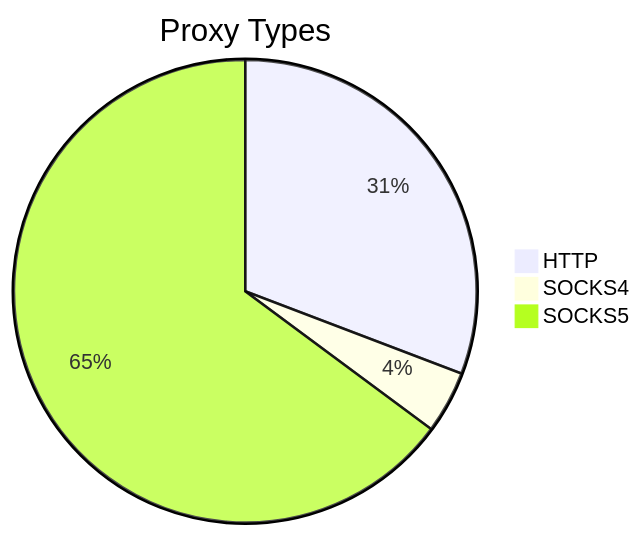
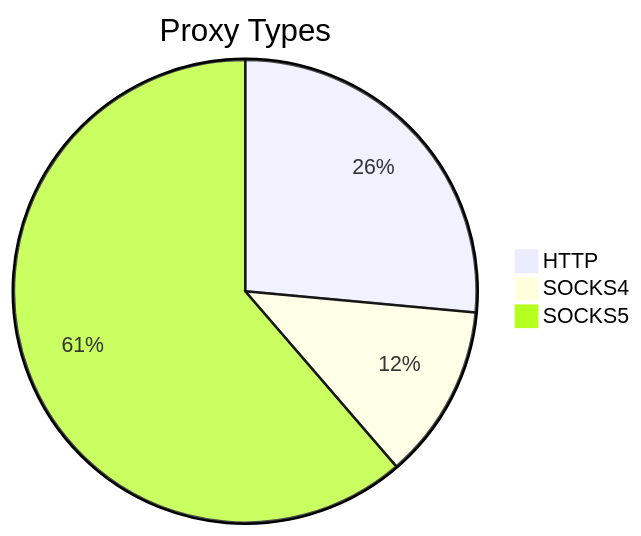
One commit to stormsia/proxy-list changed the first of 2 diagrams in README.md. Above: the diagram before and after it, drawn with Mermaid. The commit also changed other lines of this file, not shown here.

````diff
--- a/README.md
+++ b/README.md
@@ -21,6 +21,6 @@
 ```mermaid
 pie title Proxy Types
-    "HTTP" : 113
-    "SOCKS4" : 16
-    "SOCKS5" : 238
+    "HTTP" : 180
+    "SOCKS4" : 83
+    "SOCKS5" : 417
 ```
````
